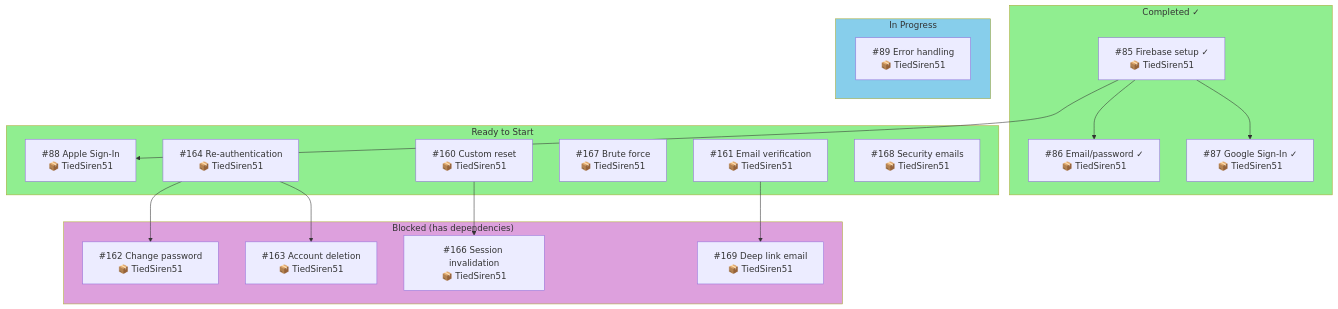
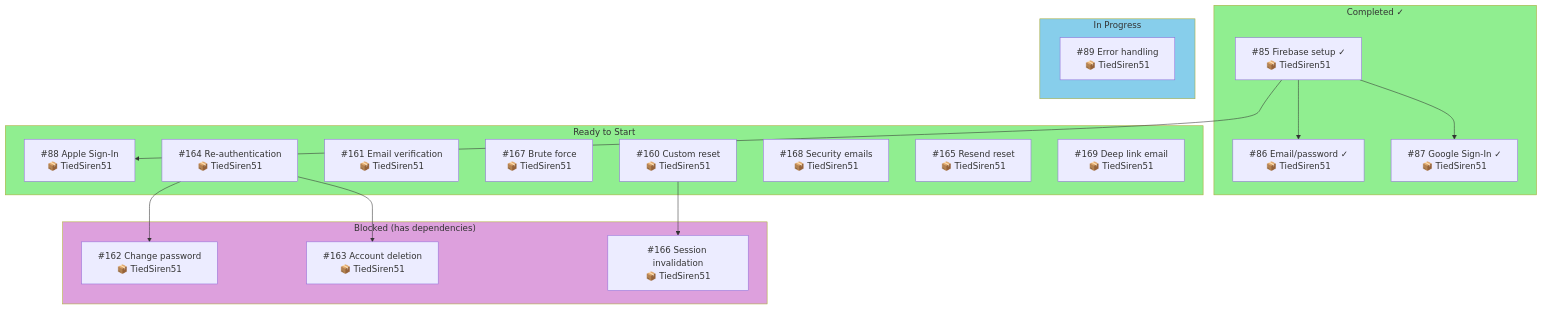
One commit to amehmeto/TiedSiren51 changed the fifth of 7 diagrams in docs/dependency-graph.md. Above: the diagram before and after it, drawn with Mermaid. The commit also changed other lines of this file and 10 other files, not shown here.

````diff
--- a/docs/dependency-graph.md
+++ b/docs/dependency-graph.md
@@ -165,42 +192,42 @@
 ```mermaid
 flowchart TD
     subgraph DONE["Completed ✓"]
         I85["#85 Firebase setup ✓<br/>📦 TiedSiren51"]
         I86["#86 Email/password ✓<br/>📦 TiedSiren51"]
         I87["#87 Google Sign-In ✓<br/>📦 TiedSiren51"]
     end
 
     subgraph INPROG["In Progress"]
         I89["#89 Error handling<br/>📦 TiedSiren51"]
     end
 
     subgraph TODO["Ready to Start"]
         I88["#88 Apple Sign-In<br/>📦 TiedSiren51"]
         I164["#164 Re-authentication<br/>📦 TiedSiren51"]
         I161["#161 Email verification<br/>📦 TiedSiren51"]
         I167["#167 Brute force<br/>📦 TiedSiren51"]
         I160["#160 Custom reset<br/>📦 TiedSiren51"]
         I168["#168 Security emails<br/>📦 TiedSiren51"]
+        I165["#165 Resend reset<br/>📦 TiedSiren51"]
+        I169["#169 Deep link email<br/>📦 TiedSiren51"]
     end
 
     subgraph DEPENDS["Blocked (has dependencies)"]
         I162["#162 Change password<br/>📦 TiedSiren51"]
         I163["#163 Account deletion<br/>📦 TiedSiren51"]
         I166["#166 Session invalidation<br/>📦 TiedSiren51"]
-        I169["#169 Deep link email<br/>📦 TiedSiren51"]
     end
 
     I85 --> I86
     I85 --> I87
     I85 --> I88
 
     I164 --> I162
     I164 --> I163
     I160 --> I166
-    I161 --> I169
 
     style DONE fill:#90EE90
     style INPROG fill:#87CEEB
     style TODO fill:#90EE90
     style DEPENDS fill:#DDA0DD
 ```
````
